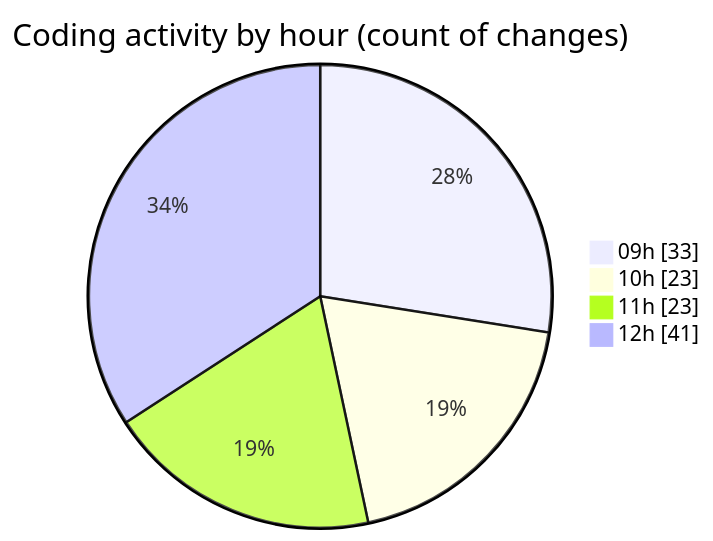
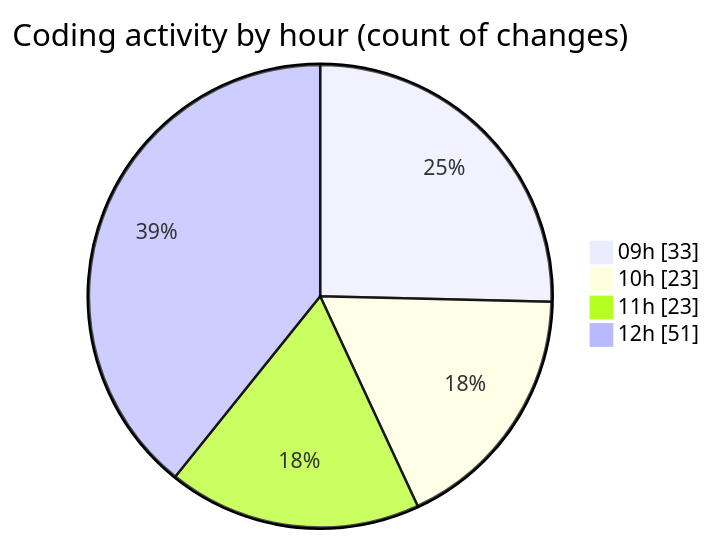
One commit to CELIANVF/code-tracking changed the second of 2 diagrams in 2025-05-20/ecodeli-1/README.md. Above: the diagram before and after it, drawn with Mermaid. The commit also changed other lines of this file and 1 other file, not shown here.

````diff
--- a/2025-05-20/ecodeli-1/README.md
+++ b/2025-05-20/ecodeli-1/README.md
@@ -75,8 +81,8 @@
 ```mermaid
 pie showData
 title Coding activity by hour (count of changes)
 "09h" : 33
 "10h" : 23
 "11h" : 23
-"12h" : 41
+"12h" : 51
 ```
````
